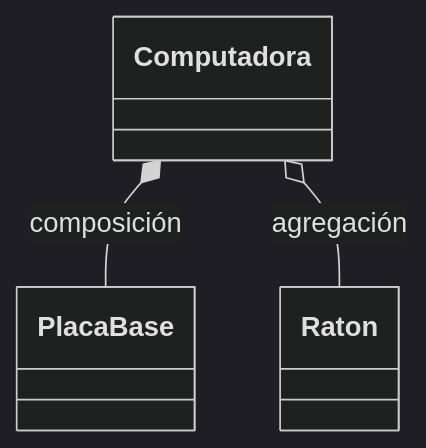
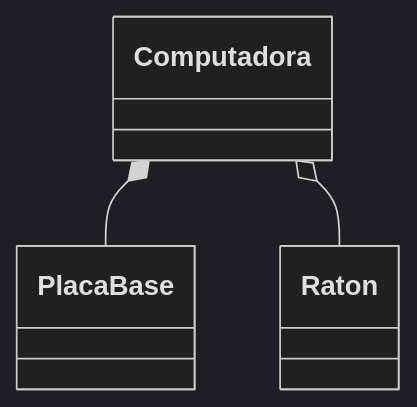
The third of 3 diagrams in README.md (Pablobc1208/Bateria_Ejercicios_6.2), drawn with Mermaid (dark theme) before and after one commit.

Commit message:
Fix formatting of relationships in README

````diff
--- a/README.md
+++ b/README.md
@@ -32,11 +32,11 @@
 ```mermaid
 classDiagram
     class Computadora
 
     class PlacaBase
 
     class Raton
 
-    Computadora *-- PlacaBase : composición
-    Computadora o-- Raton : agregación
+    Computadora *-- PlacaBase 
+    Computadora o-- Raton
 ```
````
